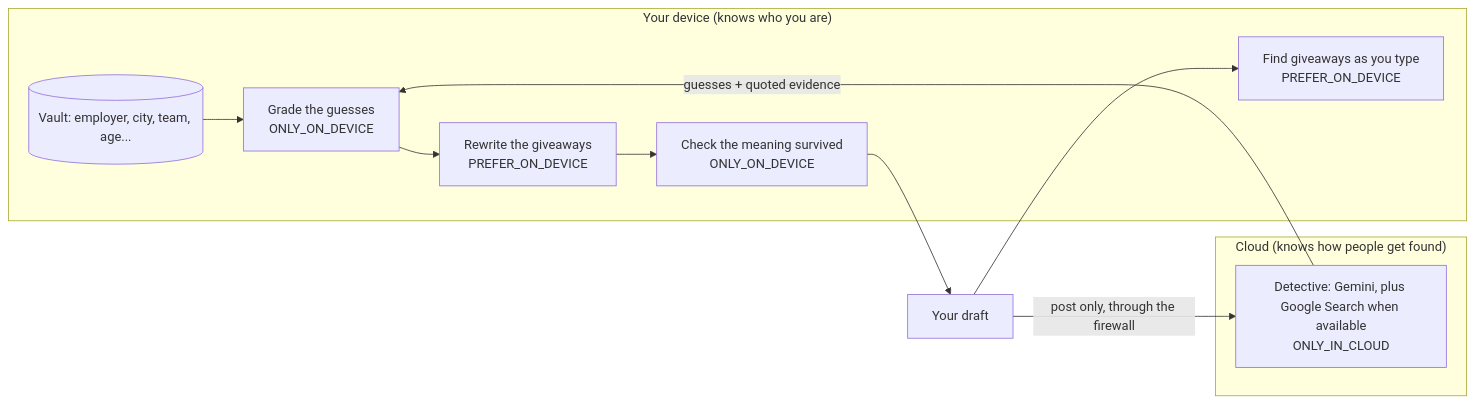
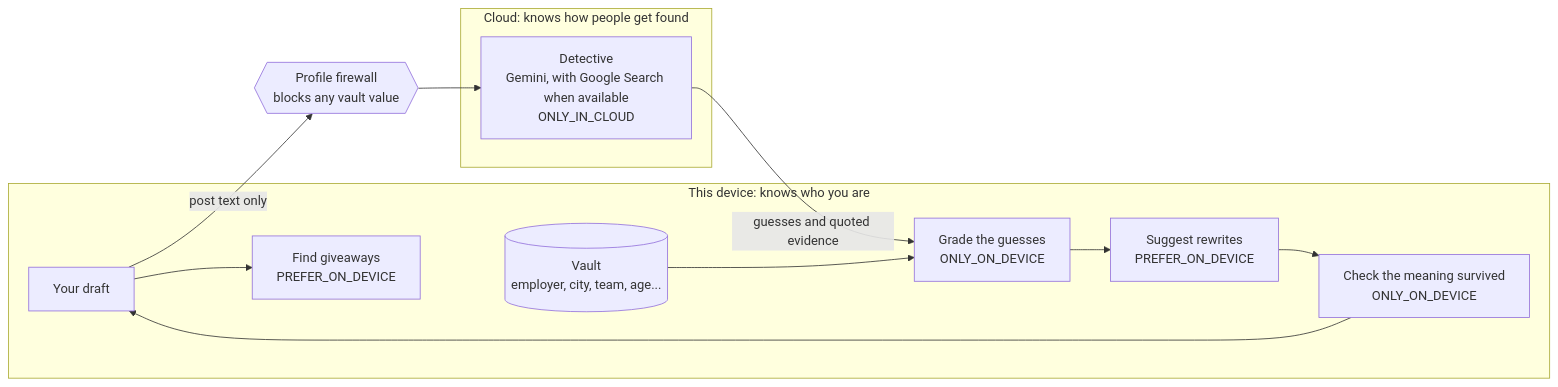
One commit to SrijaMalhar/OneOfMany changed the first of 2 diagrams in README.md. Above: the diagram before and after it, drawn with Mermaid. The commit also changed other lines of this file, not shown here.

First line of the commit message:
Rewrite the README around the product: banner, badges, diagrams, privacy

````diff
--- a/README.md
+++ b/README.md
@@ -38,18 +69,20 @@
 ```mermaid
 flowchart LR
-  subgraph Device["Your device (knows who you are)"]
-    V[(Vault: employer, city, team, age...)]
-    L[Find giveaways as you type<br/>PREFER_ON_DEVICE]
-    G[Grade the guesses<br/>ONLY_ON_DEVICE]
-    R[Rewrite the giveaways<br/>PREFER_ON_DEVICE]
-    M[Check the meaning survived<br/>ONLY_ON_DEVICE]
-  end
-  subgraph Cloud["Cloud (knows how people get found)"]
-    D[Detective: Gemini, plus Google Search when available<br/>ONLY_IN_CLOUD]
-  end
-  Draft[Your draft] --> L
-  Draft -- "post only, through the firewall" --> D
-  D -- "guesses + quoted evidence" --> G
-  V --> G
-  G --> R --> M --> Draft
+    subgraph Device["This device: knows who you are"]
+        Draft["Your draft"]
+        V[("Vault<br/>employer, city, team, age...")]
+        L["Find giveaways<br/>PREFER_ON_DEVICE"]
+        G["Grade the guesses<br/>ONLY_ON_DEVICE"]
+        R["Suggest rewrites<br/>PREFER_ON_DEVICE"]
+        M["Check the meaning survived<br/>ONLY_ON_DEVICE"]
+    end
+    FW{{"Profile firewall<br/>blocks any vault value"}}
+    subgraph Cloud["Cloud: knows how people get found"]
+        D["Detective<br/>Gemini, with Google Search when available<br/>ONLY_IN_CLOUD"]
+    end
+    Draft --> L
+    Draft -- "post text only" --> FW --> D
+    D -- "guesses and quoted evidence" --> G
+    V --> G
+    G --> R --> M --> Draft
 ```
````
